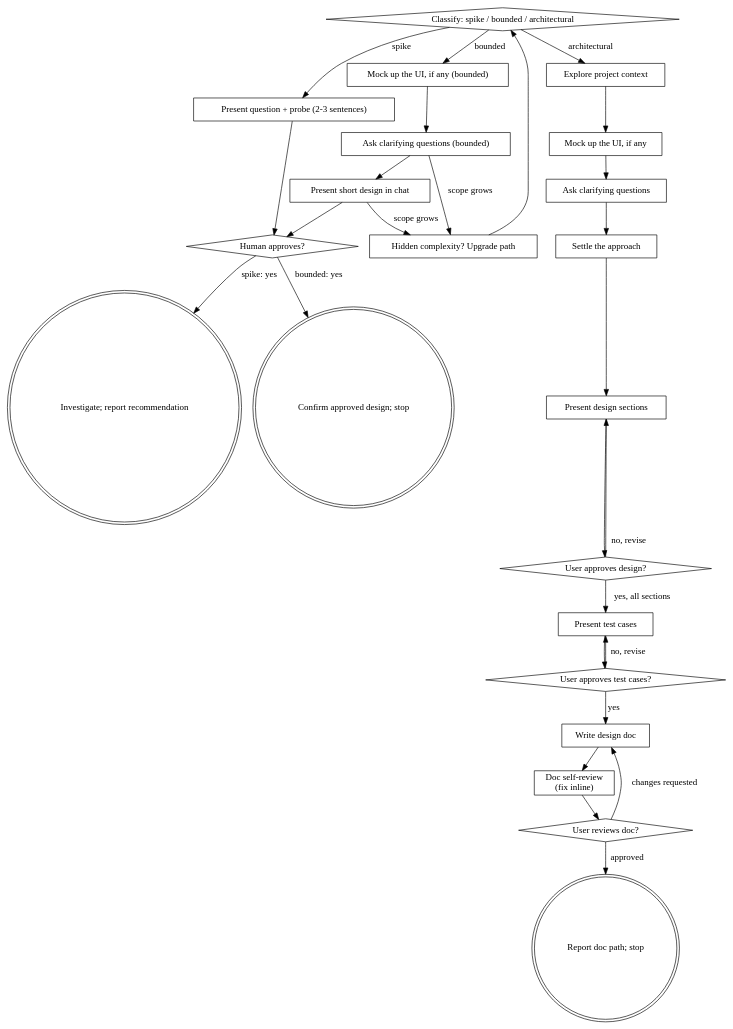
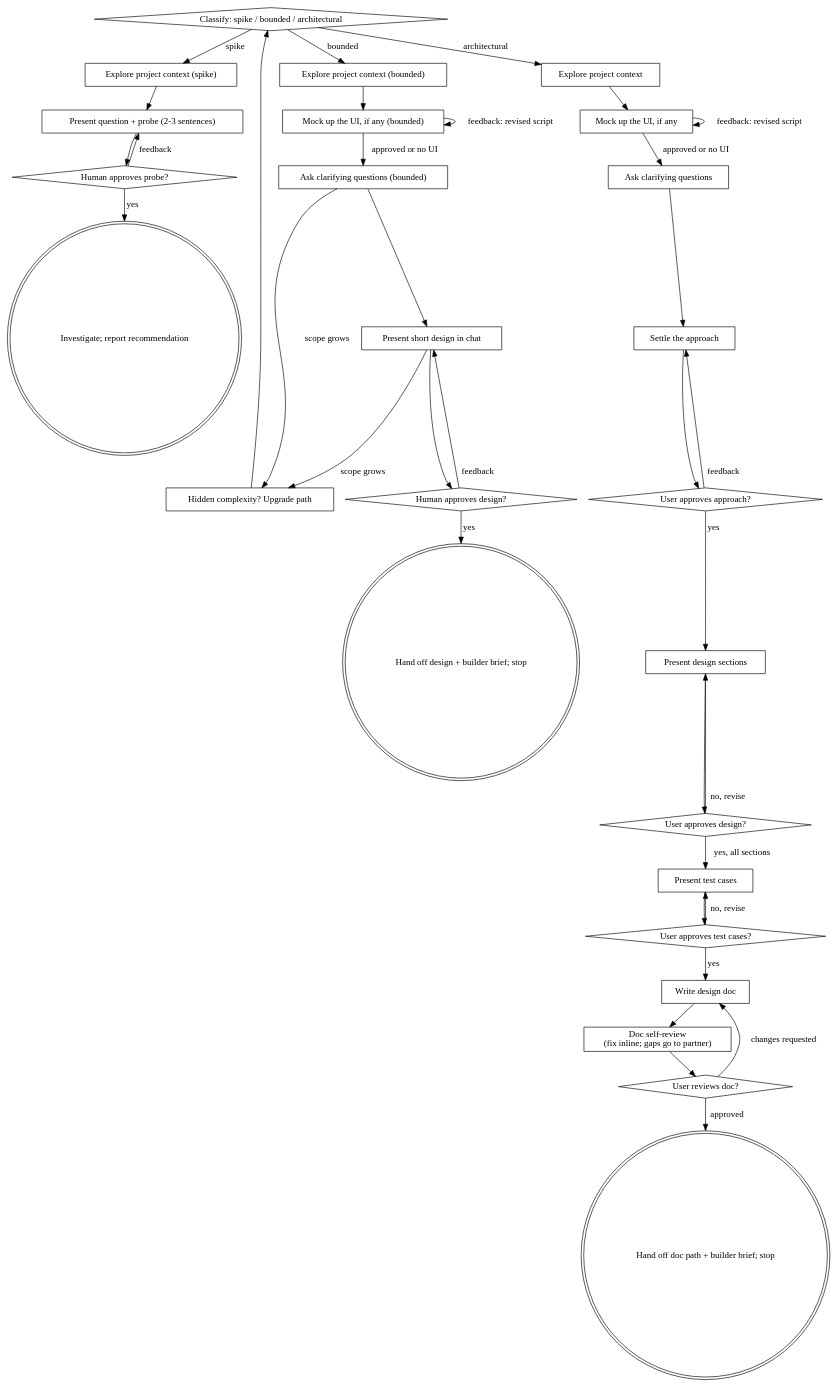
The first of 3 diagrams in skills/produce-design/SKILL.md (ruxo/rux-skills), drawn with Graphviz before and after one commit. The commit also changed other lines of this file and 7 other files, not shown here.

````diff
--- a/skills/produce-design/SKILL.md
+++ b/skills/produce-design/SKILL.md
@@ -123,52 +127,64 @@
 ```dot
 digraph produce_design {
     "Classify: spike / bounded / architectural" [shape=diamond];
+    "Explore project context (spike)" [shape=box];
     "Present question + probe (2-3 sentences)" [shape=box];
+    "Human approves probe?" [shape=diamond];
+    "Investigate; report recommendation" [shape=doublecircle];
+    "Explore project context (bounded)" [shape=box];
     "Mock up the UI, if any (bounded)" [shape=box];
     "Ask clarifying questions (bounded)" [shape=box];
     "Present short design in chat" [shape=box];
-    "Human approves?" [shape=diamond];
-    "Investigate; report recommendation" [shape=doublecircle];
-    "Confirm approved design; stop" [shape=doublecircle];
+    "Human approves design?" [shape=diamond];
+    "Hand off design + builder brief; stop" [shape=doublecircle];
     "Explore project context" [shape=box];
     "Mock up the UI, if any" [shape=box];
     "Ask clarifying questions" [shape=box];
     "Settle the approach" [shape=box];
+    "User approves approach?" [shape=diamond];
     "Present design sections" [shape=box];
     "User approves design?" [shape=diamond];
     "Present test cases" [shape=box];
     "User approves test cases?" [shape=diamond];
     "Write design doc" [shape=box];
-    "Doc self-review\n(fix inline)" [shape=box];
+    "Doc self-review\n(fix inline; gaps go to partner)" [shape=box];
     "User reviews doc?" [shape=diamond];
-    "Report doc path; stop" [shape=doublecircle];
+    "Hand off doc path + builder brief; stop" [shape=doublecircle];
     "Hidden complexity? Upgrade path" [shape=box];
 
-    "Classify: spike / bounded / architectural" -> "Present question + probe (2-3 sentences)" [label="spike"];
-    "Classify: spike / bounded / architectural" -> "Mock up the UI, if any (bounded)" [label="bounded"];
-    "Mock up the UI, if any (bounded)" -> "Ask clarifying questions (bounded)";
-    "Classify: spike / bounded / architectural" -> "Explore project context" [label="architectural"];
-    "Present question + probe (2-3 sentences)" -> "Human approves?";
+    "Classify: spike / bounded / architectural" -> "Explore project context (spike)" [label="spike"];
+    "Explore project context (spike)" -> "Present question + probe (2-3 sentences)";
+    "Present question + probe (2-3 sentences)" -> "Human approves probe?";
+    "Human approves probe?" -> "Present question + probe (2-3 sentences)" [label="feedback"];
+    "Human approves probe?" -> "Investigate; report recommendation" [label="yes"];
+    "Classify: spike / bounded / architectural" -> "Explore project context (bounded)" [label="bounded"];
+    "Explore project context (bounded)" -> "Mock up the UI, if any (bounded)";
+    "Mock up the UI, if any (bounded)" -> "Mock up the UI, if any (bounded)" [label="feedback: revised script"];
+    "Mock up the UI, if any (bounded)" -> "Ask clarifying questions (bounded)" [label="approved or no UI"];
     "Ask clarifying questions (bounded)" -> "Present short design in chat";
-    "Present short design in chat" -> "Human approves?";
-    "Human approves?" -> "Investigate; report recommendation" [label="spike: yes"];
-    "Human approves?" -> "Confirm approved design; stop" [label="bounded: yes"];
+    "Present short design in chat" -> "Human approves design?";
+    "Human approves design?" -> "Present short design in chat" [label="feedback"];
+    "Human approves design?" -> "Hand off design + builder brief; stop" [label="yes"];
     "Ask clarifying questions (bounded)" -> "Hidden complexity? Upgrade path" [label="scope grows"];
     "Present short design in chat" -> "Hidden complexity? Upgrade path" [label="scope grows"];
     "Hidden complexity? Upgrade path" -> "Classify: spike / bounded / architectural";
+    "Classify: spike / bounded / architectural" -> "Explore project context" [label="architectural"];
     "Explore project context" -> "Mock up the UI, if any";
-    "Mock up the UI, if any" -> "Ask clarifying questions";
+    "Mock up the UI, if any" -> "Mock up the UI, if any" [label="feedback: revised script"];
+    "Mock up the UI, if any" -> "Ask clarifying questions" [label="approved or no UI"];
     "Ask clarifying questions" -> "Settle the approach";
-    "Settle the approach" -> "Present design sections";
+    "Settle the approach" -> "User approves approach?";
+    "User approves approach?" -> "Settle the approach" [label="feedback"];
+    "User approves approach?" -> "Present design sections" [label="yes"];
     "Present design sections" -> "User approves design?";
     "User approves design?" -> "Present design sections" [label="no, revise"];
     "User approves design?" -> "Present test cases" [label="yes, all sections"];
     "Present test cases" -> "User approves test cases?";
     "User approves test cases?" -> "Present test cases" [label="no, revise"];
     "User approves test cases?" -> "Write design doc" [label="yes"];
-    "Write design doc" -> "Doc self-review\n(fix inline)";
-    "Doc self-review\n(fix inline)" -> "User reviews doc?";
+    "Write design doc" -> "Doc self-review\n(fix inline; gaps go to partner)";
+    "Doc self-review\n(fix inline; gaps go to partner)" -> "User reviews doc?";
     "User reviews doc?" -> "Write design doc" [label="changes requested"];
-    "User reviews doc?" -> "Report doc path; stop" [label="approved"];
+    "User reviews doc?" -> "Hand off doc path + builder brief; stop" [label="approved"];
 }
 ```
````
